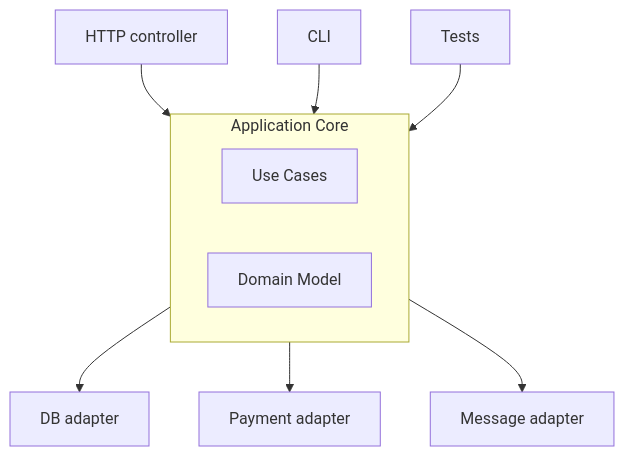
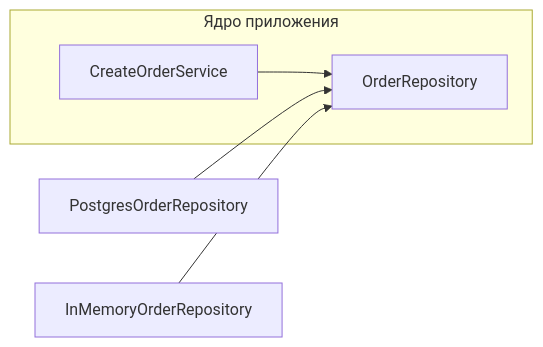
The fourth of 9 diagrams in content/lectures/Lec8/vitepress.md (Kert0n/KPO), drawn with Mermaid before and after one commit. The commit also changed other lines of this file, not shown here.

````diff
--- a/content/lectures/Lec8/vitepress.md
+++ b/content/lectures/Lec8/vitepress.md
@@ -464,15 +211,8 @@
 ```mermaid
-flowchart TD
-    HTTP["HTTP controller"] --> Core
-    CLI["CLI"] --> Core
-    Tests["Tests"] --> Core
-
-    subgraph Core["Application Core"]
-        UseCases["Use Cases"]
-        Domain["Domain Model"]
+flowchart LR
+    subgraph Core["Ядро приложения"]
+        UC["CreateOrderService"] --> Port["OrderRepository"]
     end
-
-    Core --> DBPort["DB adapter"]
-    Core --> PayPort["Payment adapter"]
-    Core --> MsgPort["Message adapter"]
+    SQL["PostgresOrderRepository"] --> Port
+    Memory["InMemoryOrderRepository"] --> Port
 ```
````
